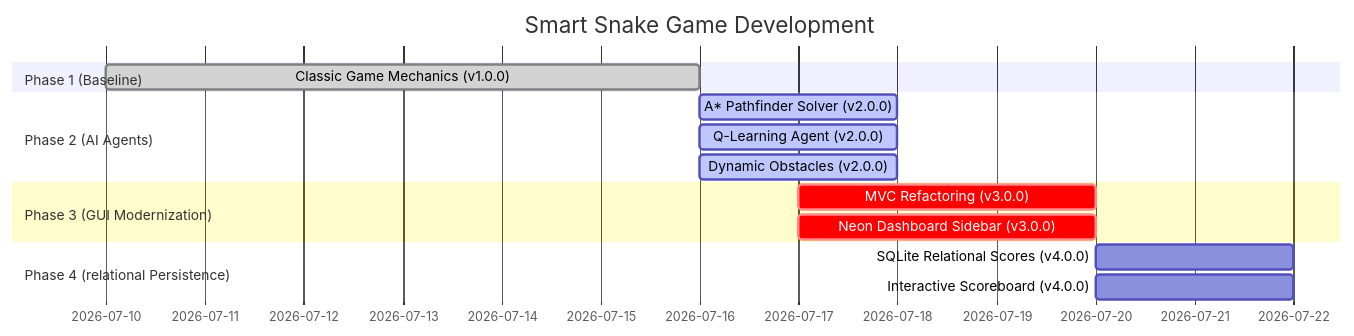
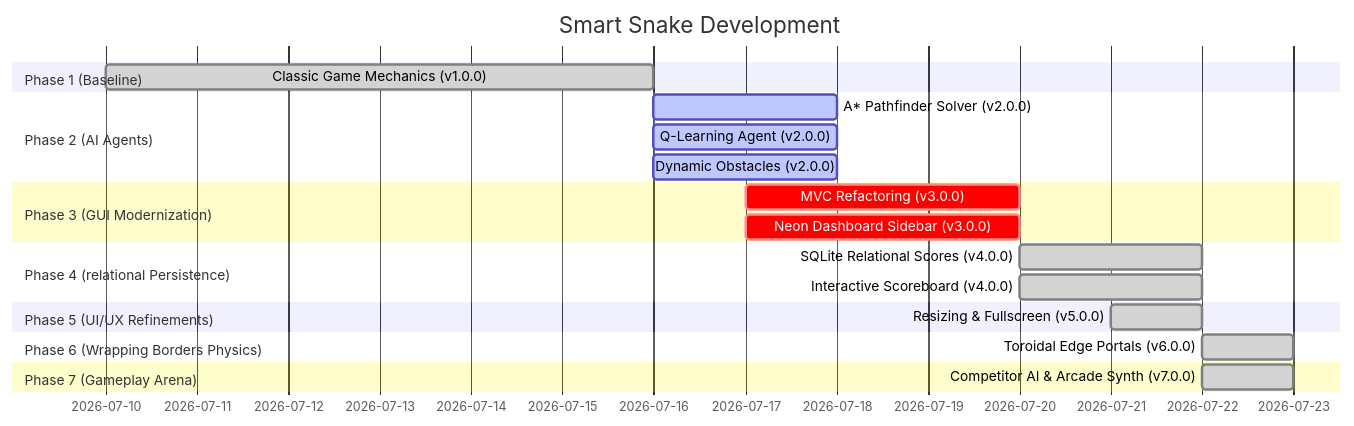
One commit to SufiyanAasim/smart-snake changed the diagram in ROADMAP.md. Above: the diagram before and after it, drawn with Mermaid. The commit also changed other lines of this file and 51 other files, not shown here.

Commit message:
feat(arena): implement v7.0.0 battleserpent gameplay features and arcade synth

````diff
--- a/ROADMAP.md
+++ b/ROADMAP.md
@@ -5,17 +5,23 @@
 ```mermaid
 gantt
-    title Smart Snake Game Development
+    title Smart Snake Development
     dateFormat  YYYY-MM-DD
     section Phase 1 (Baseline)
     Classic Game Mechanics (v1.0.0) :done, des1, 2026-07-10, 2026-07-16
     section Phase 2 (AI Agents)
     A* Pathfinder Solver (v2.0.0)    :active, des2, 2026-07-16, 2d
     Q-Learning Agent (v2.0.0)       :active, des3, 2026-07-16, 2d
     Dynamic Obstacles (v2.0.0)      :active, des4, 2026-07-16, 2d
     section Phase 3 (GUI Modernization)
     MVC Refactoring (v3.0.0)        :crit, des5, 2026-07-17, 3d
     Neon Dashboard Sidebar (v3.0.0) :crit, des6, 2026-07-17, 3d
     section Phase 4 (relational Persistence)
-    SQLite Relational Scores (v4.0.0) :des7, 2026-07-20, 2d
-    Interactive Scoreboard (v4.0.0)  :des8, 2026-07-20, 2d
+    SQLite Relational Scores (v4.0.0) :done, des7, 2026-07-20, 2d
+    Interactive Scoreboard (v4.0.0)  :done, des8, 2026-07-20, 2d
+    section Phase 5 (UI/UX Refinements)
+    Resizing & Fullscreen (v5.0.0)  :done, des9, 2026-07-21, 1d
+    section Phase 6 (Wrapping Borders Physics)
+    Toroidal Edge Portals (v6.0.0)  :done, des10, 2026-07-22, 1d
+    section Phase 7 (Gameplay Arena)
+    Competitor AI & Arcade Synth (v7.0.0) :done, des11, 2026-07-22, 1d
 ```
````
